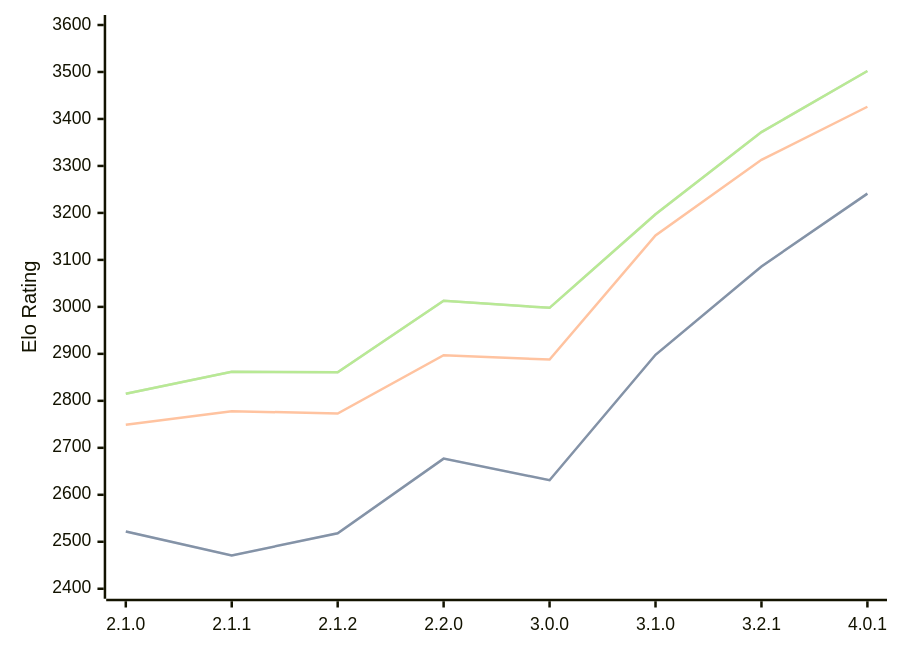
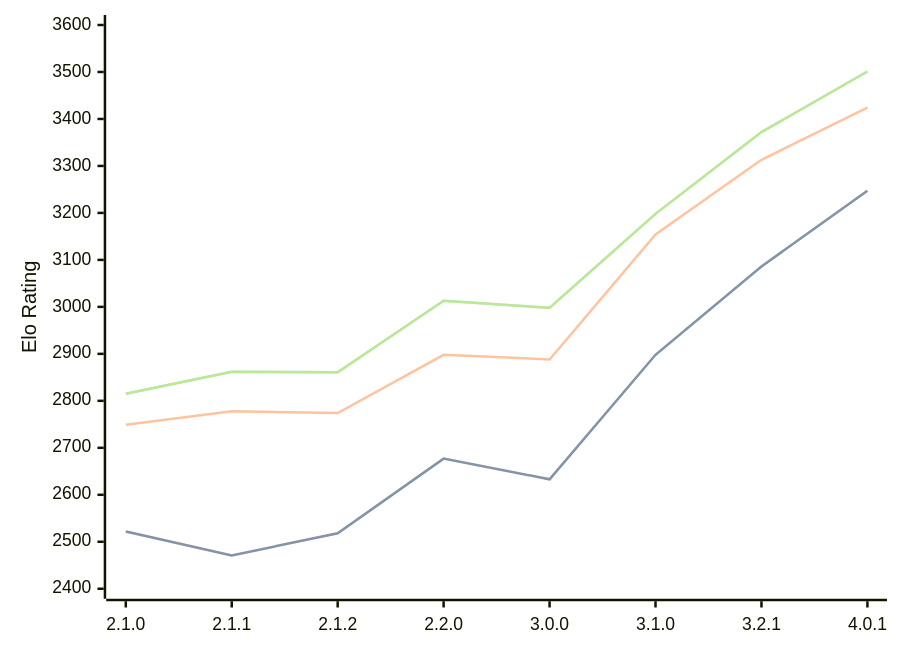
One commit to computer-chess-index/cci changed the third of 3 diagrams in engines/Prune.md. Above: the diagram before and after it, drawn with Mermaid. The commit also changed other lines of this file, not shown here.

Commit message:
Update CCI Ratings (ELO VLTC) - 2026-07-13

````diff
--- a/engines/Prune.md
+++ b/engines/Prune.md
@@ -77,11 +77,11 @@
 ```mermaid
 %%{init: {"theme":"base","themeVariables":{"seriesColors:['#a3a3a3','#222221','#faa371']}}}%%
 xychart-beta
   x-axis ["2.1.0", "2.1.1", "2.1.2", "2.2.0", "3.0.0", "3.1.0", "3.2.1", "4.0.1"]
   y-axis "Elo Rating" 2400 --> 3600
-  line "STC (8.0+0.08s)" [2522, 2471, 2518, 2677, 2631, 2898, 3086, 3241]
-  line "STC (8.0+0.08s)" [2522, 2471, 2518, 2677, 2631, 2898, 3086, 3241]
-  line "LTC (60.0+0.60s)" [2749, 2778, 2773, 2897, 2888, 3152, 3313, 3426]
-  line "VLTC (2m24s+1.12s)" [2815, 2862, 2861, 3013, 2998, 3197, 3372, 3502]
-  line "VLTC (2m24s+1.12s)" [2815, 2862, 2861, 3013, 2998, 3197, 3372, 3502]
+  line "STC (8.0+0.08s)" [2522, 2471, 2518, 2677, 2633, 2898, 3086, 3247]
+  line "STC (8.0+0.08s)" [2522, 2471, 2518, 2677, 2633, 2898, 3086, 3247]
+  line "LTC (60.0+0.60s)" [2749, 2778, 2774, 2898, 2888, 3154, 3313, 3424]
+  line "VLTC (2m24s+1.12s)" [2815, 2862, 2861, 3013, 2998, 3198, 3372, 3501]
+  line "VLTC (2m24s+1.12s)" [2815, 2862, 2861, 3013, 2998, 3198, 3372, 3501]
 ```
````
